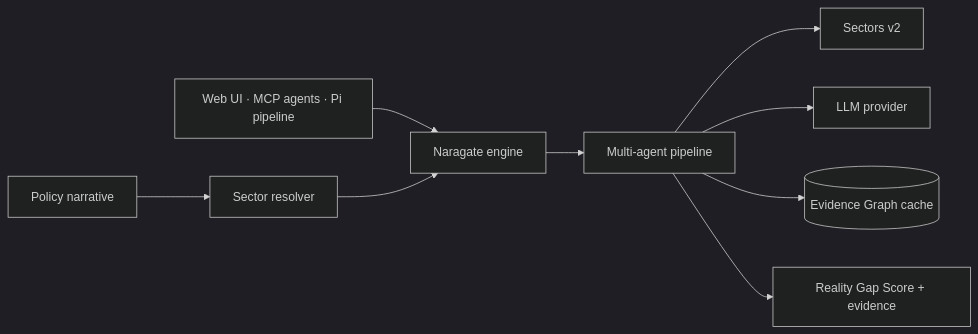
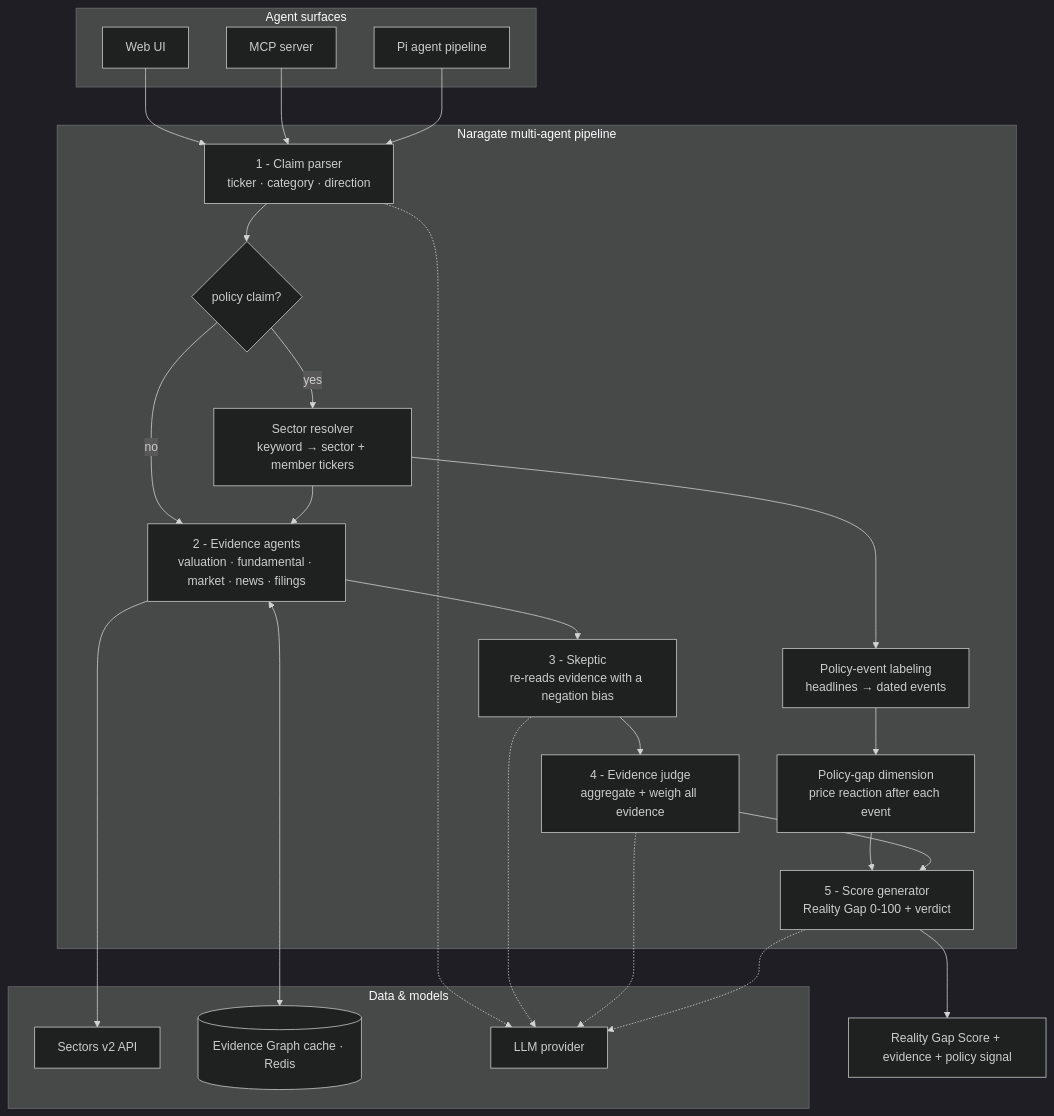
One commit to masdevid/naragate changed the diagram in README.md. Above: the diagram before and after it, drawn with Mermaid (dark theme).

Commit message:
docs: replace architecture sketch with a detailed multi-agent pipeline diagram
- shows the three surfaces, the numbered pipeline (claim parser -> evidence agents -> skeptic -> judge -> score), the policy branch (sector resolver -> policy-event labeling -> policy-gap dimension), and the data/model layer (Sectors v2, Evidence Graph cache, LLM)

- verified renders as valid Mermaid

````diff
--- a/README.md
+++ b/README.md
@@ -122,10 +122,44 @@
 ```mermaid
-flowchart LR
-  Surfaces["Web UI · MCP agents · Pi pipeline"] --> Engine[Naragate engine]
-  Policy[Policy narrative] --> Resolver[Sector resolver] --> Engine
-  Engine --> Pipeline[Multi-agent pipeline]
-  Pipeline --> Sectors[Sectors v2]
-  Pipeline --> LLM[LLM provider]
-  Pipeline --> Cache[(Evidence Graph cache)]
-  Pipeline --> Result[Reality Gap Score + evidence]
+flowchart TD
+  subgraph Surfaces["Agent surfaces"]
+    Web[Web UI]
+    MCP[MCP server]
+    Pi[Pi agent pipeline]
+  end
+
+  subgraph Pipeline["Naragate multi-agent pipeline"]
+    Parse["1 - Claim parser<br/>ticker · category · direction"]
+    Route{"policy claim?"}
+    Resolve["Sector resolver<br/>keyword → sector + member tickers"]
+    Evidence["2 - Evidence agents<br/>valuation · fundamental · market · news · filings"]
+    Skeptic["3 - Skeptic<br/>re-reads evidence with a negation bias"]
+    Judge["4 - Evidence judge<br/>aggregate + weigh all evidence"]
+    Score["5 - Score generator<br/>Reality Gap 0-100 + verdict"]
+    Events["Policy-event labeling<br/>headlines → dated events"]
+    PolicyGap["Policy-gap dimension<br/>price reaction after each event"]
+
+    Parse --> Route
+    Route -- no --> Evidence
+    Route -- yes --> Resolve
+    Resolve --> Evidence
+    Resolve --> Events --> PolicyGap --> Score
+    Evidence --> Skeptic --> Judge --> Score
+  end
+
+  subgraph Data["Data & models"]
+    Sectors[Sectors v2 API]
+    Cache[(Evidence Graph cache · Redis)]
+    LLM[LLM provider]
+  end
+
+  Web --> Parse
+  MCP --> Parse
+  Pi --> Parse
+  Evidence <--> Cache
+  Evidence --> Sectors
+  Parse -.-> LLM
+  Skeptic -.-> LLM
+  Judge -.-> LLM
+  Score -.-> LLM
+  Score --> Result["Reality Gap Score + evidence + policy signal"]
 ```
````
